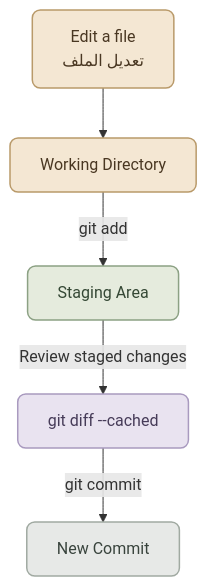
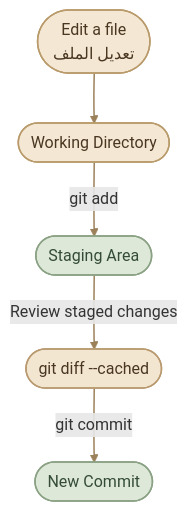
Before and after one commit to mustafammasoud/ops-handbook: the second of 5 diagrams in content/version-control/Git and GitHub/git-architecture.mdx, drawn with Mermaid. The commit also changed other lines of this file and 17 other files, not shown here.

````diff
--- a/content/version-control/Git and GitHub/git-architecture.mdx
+++ b/content/version-control/Git and GitHub/git-architecture.mdx
@@ -190,17 +194,19 @@
 ```mermaid
 flowchart TD
-    A["Edit a file<br/>تعديل الملف"] --> B["Working Directory"]
-    B -->|"git add"| C["Staging Area"]
-    C -->|"Review staged changes"| D["git diff --cached"]
-    D -->|"git commit"| E["New Commit"]
+    A(["Edit a file<br/>تعديل الملف"]) --> B(["Working Directory"])
+    B -->|"git add"| C(["Staging Area"])
+    C -->|"Review staged changes"| D(["git diff --cached"])
+    D -->|"git commit"| E(["New Commit"])
 
-    classDef edit fill:#F4E7D3,stroke:#B99A6A,color:#493722,stroke-width:1.5px,rx:8,ry:8
-    classDef stage fill:#E5EBDD,stroke:#8CA184,color:#344734,stroke-width:1.5px,rx:8,ry:8
-    classDef review fill:#E9E3F0,stroke:#A99ABF,color:#463B58,stroke-width:1.5px,rx:8,ry:8
-    classDef commit fill:#E7E9E7,stroke:#A1AAA2,color:#39443D,stroke-width:1.5px,rx:8,ry:8
+    classDef edit fill:#F4E7D3,stroke:#B99A6A,color:#493722,stroke-width:1.5px
+    classDef stage fill:#DDE8D8,stroke:#8AA184,color:#344B38,stroke-width:1.5px
+    classDef review fill:#F3E6D0,stroke:#B99A70,color:#493722,stroke-width:1.5px
+    classDef commit fill:#DDE8D8,stroke:#8AA184,color:#344B38,stroke-width:1.5px
 
     class A,B edit
     class C stage
     class D review
     class E commit
+
+    linkStyle default stroke:#9B8059,stroke-width:1.5px
 ```
````
